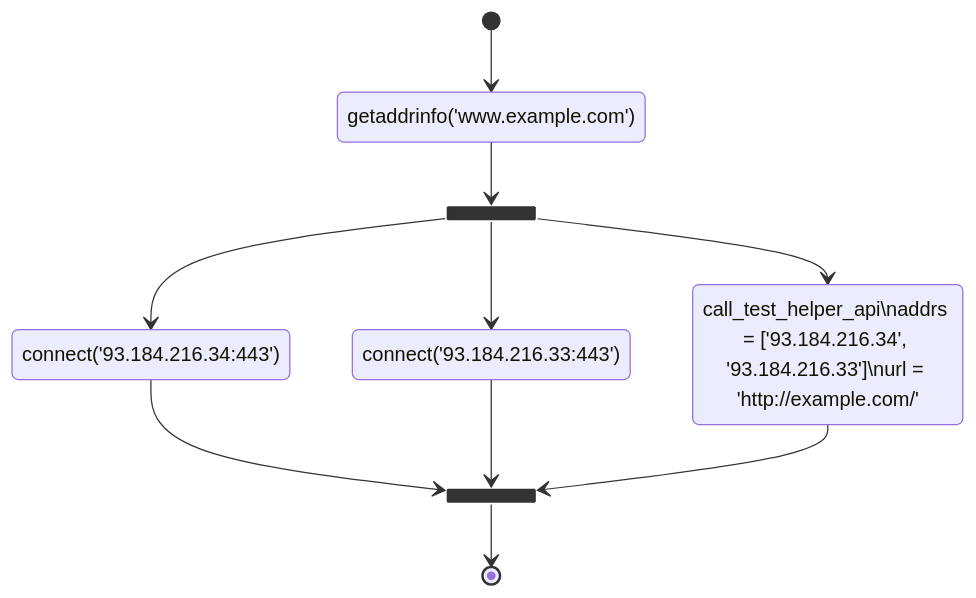
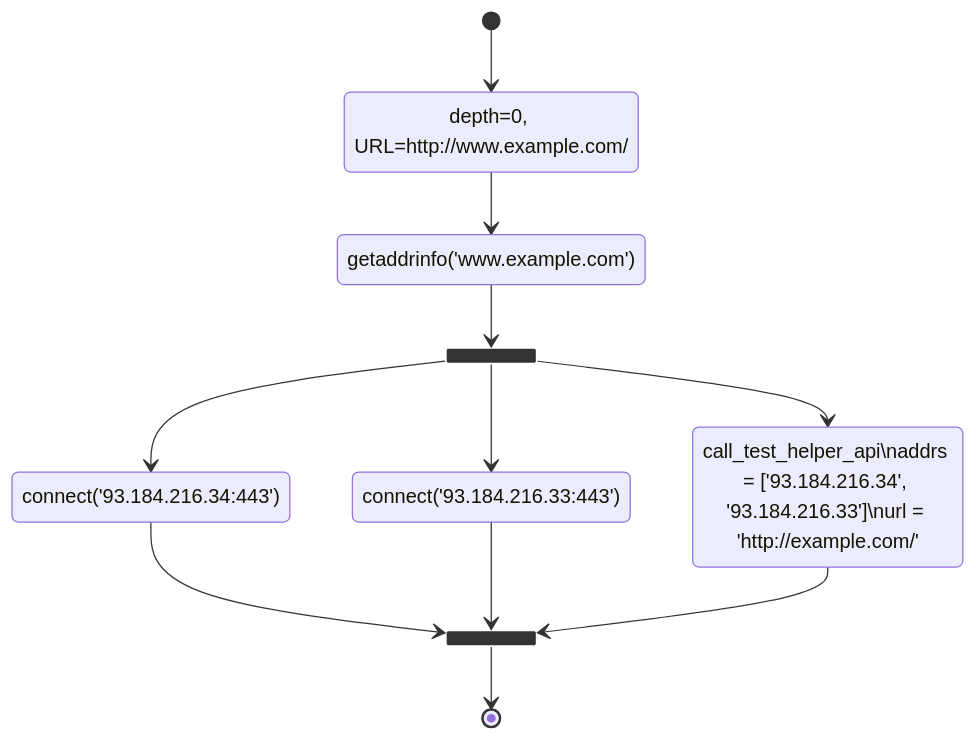
One commit to ooni/spec changed the first of 3 diagrams in nettests/ts-017-web-connectivity.md. Above: the diagram before and after it, drawn with Mermaid. The commit also changed other lines of this file, not shown here.

````diff
--- a/nettests/ts-017-web-connectivity.md
+++ b/nettests/ts-017-web-connectivity.md
@@ -132,18 +132,20 @@
 ```mermaid
 stateDiagram-v2
+  state "depth=0, URL=http://www.example.com/" as S0
   state "getaddrinfo('www.example.com')" as S1
-  [*] --> S1
+  [*] --> S0
+  S0 --> S1
   state S2 <<fork>>
   S1 --> S2
   state "connect('93.184.216.34:443')" as S3
   state "connect('93.184.216.33:443')" as S4
   S2 --> S3
   S2 --> S4
   state "call_test_helper_api\naddrs = ['93.184.216.34', '93.184.216.33']\nurl = 'http://example.com/'" as S5
   S2 --> S5
   state S6 <<join>>
   S3 --> S6
   S4 --> S6
   S5 --> S6
   S6 --> [*]
 ```
````
